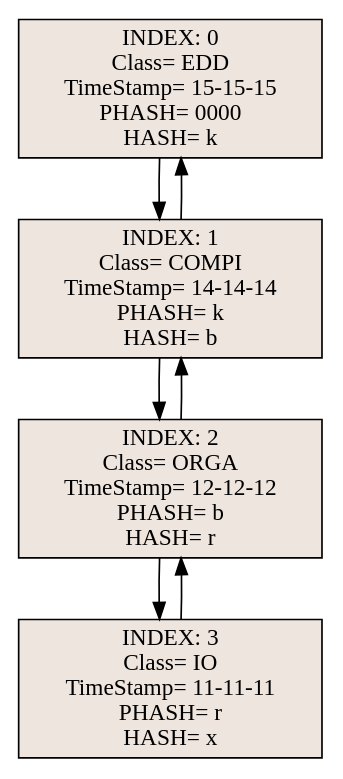
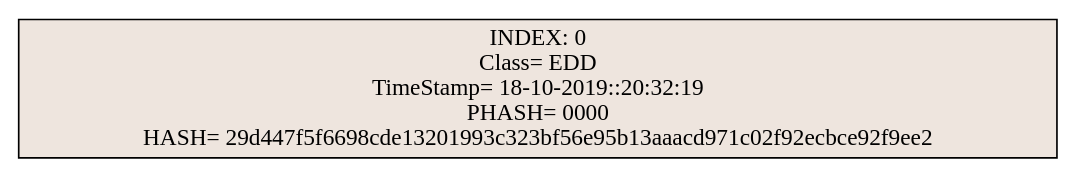
Before and after one commit to Eduardo01004/EDD_2S2019_P2_201612124: the diagram in Practica2/venv/Include/ListaBloques.dot, drawn with Graphviz. The commit also changed 15 other files, not shown here.

```diff
--- a/Practica2/venv/Include/ListaBloques.dot
+++ b/Practica2/venv/Include/ListaBloques.dot
@@ -1,12 +1,3 @@
 digraph G { 
-3285461[shape=record, style=filled, fillcolor=seashell2,label="INDEX: 0&#92;n Class= EDD &#92;n TimeStamp= 15-15-15&#92;n PHASH= 0000&#92;n HASH= k"];
-3285461->3285467
-3285467->3285461
-3285467[shape=record, style=filled, fillcolor=seashell2,label="INDEX: 1&#92;n Class= COMPI &#92;n TimeStamp= 14-14-14&#92;n PHASH= k&#92;n HASH= b"];
-3285467->3389169
-3389169->3285467
-3389169[shape=record, style=filled, fillcolor=seashell2,label="INDEX: 2&#92;n Class= ORGA &#92;n TimeStamp= 12-12-12&#92;n PHASH= b&#92;n HASH= r"];
-3389169->3389173
-3389173->3389169
-3389173[shape=record, style=filled, fillcolor=seashell2,label="INDEX: 3 &#92;n Class= IO &#92;n TimeStamp= 11-11-11&#92;n PHASH= r&#92;n HASH= x"];
+3256101[shape=record, style=filled, fillcolor=seashell2,label="INDEX: 0 &#92;n Class= EDD &#92;n TimeStamp= 18-10-2019::20:32:19&#92;n PHASH= 0000&#92;n HASH= 29d447f5f6698cde13201993c323bf56e95b13aaacd971c02f92ecbce92f9ee2"];
 }
```
